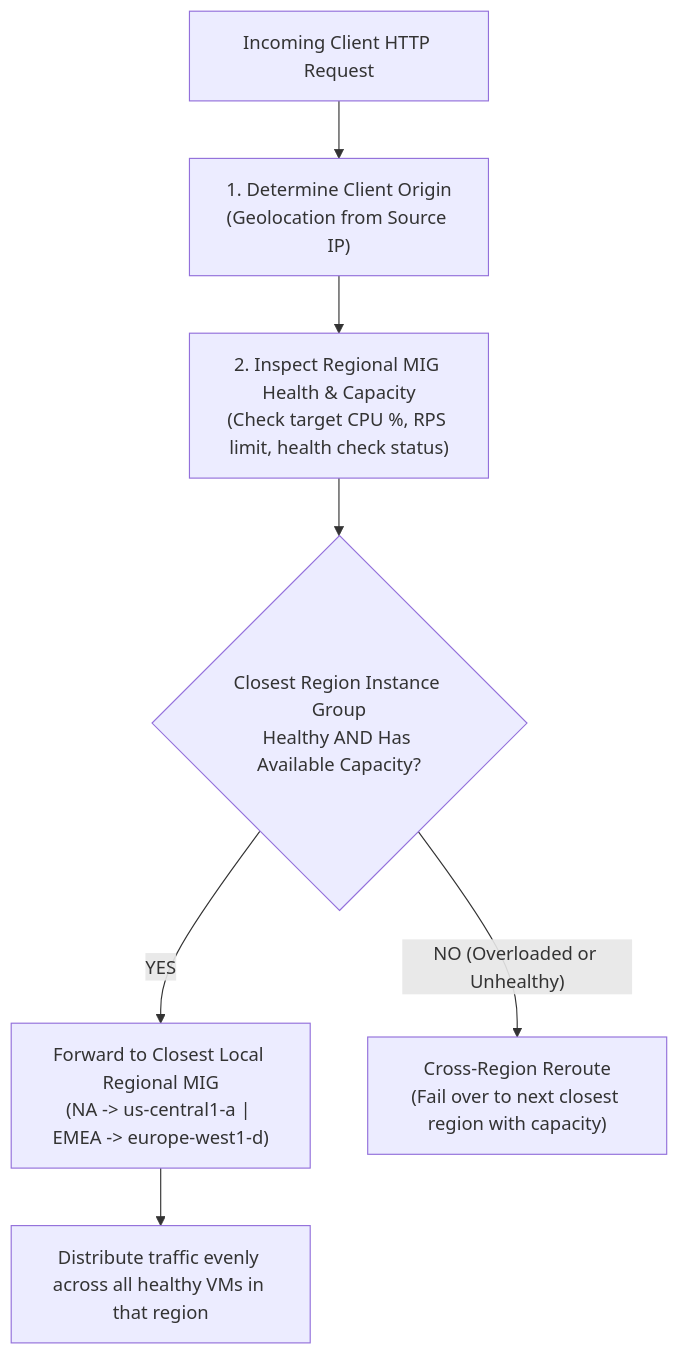
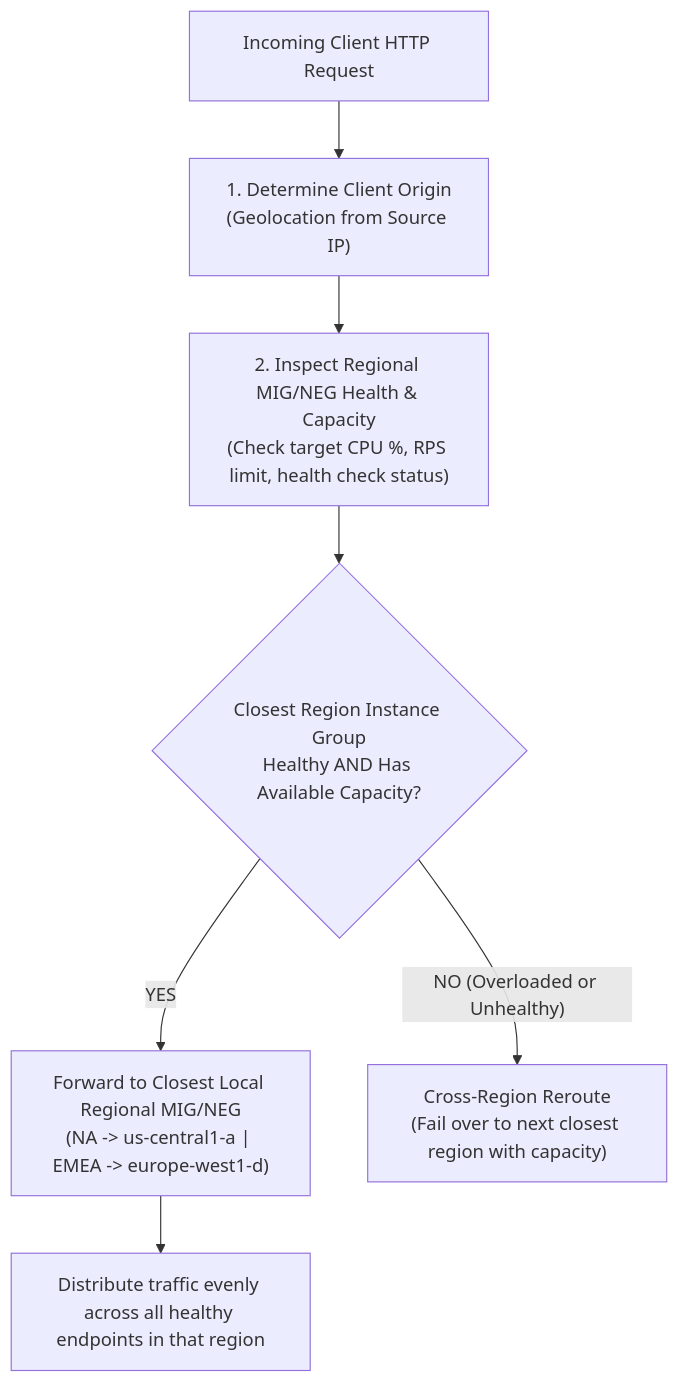
One commit to Chief-Strategist-J/gcd changed the second of 6 diagrams in compute-engine/casestudy/alb-global-routing-in-action.md. Above: the diagram before and after it, drawn with Mermaid. The commit also changed other lines of this file and 1 other file, not shown here.

````diff
--- a/compute-engine/casestudy/alb-global-routing-in-action.md
+++ b/compute-engine/casestudy/alb-global-routing-in-action.md
@@ -59,11 +61,11 @@
 ```mermaid
 flowchart TD
     Req["Incoming Client HTTP Request"] --> Step1["1. Determine Client Origin<br/>(Geolocation from Source IP)"]
-    Step1 --> Step2["2. Inspect Regional MIG Health & Capacity<br/>(Check target CPU %, RPS limit, health check status)"]
+    Step1 --> Step2["2. Inspect Regional MIG/NEG Health & Capacity<br/>(Check target CPU %, RPS limit, health check status)"]
     Step2 --> Decision{"Closest Region Instance Group<br/>Healthy AND Has Available Capacity?"}
     
-    Decision -- "YES" --> ForwardLocal["Forward to Closest Local Regional MIG<br/>(NA -> us-central1-a | EMEA -> europe-west1-d)"]
+    Decision -- "YES" --> ForwardLocal["Forward to Closest Local Regional MIG/NEG<br/>(NA -> us-central1-a | EMEA -> europe-west1-d)"]
     Decision -- "NO (Overloaded or Unhealthy)" --> CrossRegion["Cross-Region Reroute<br/>(Fail over to next closest region with capacity)"]
     
-    ForwardLocal --> Distribute["Distribute traffic evenly across all healthy VMs in that region"]
+    ForwardLocal --> Distribute["Distribute traffic evenly across all healthy endpoints in that region"]
 ```
````
